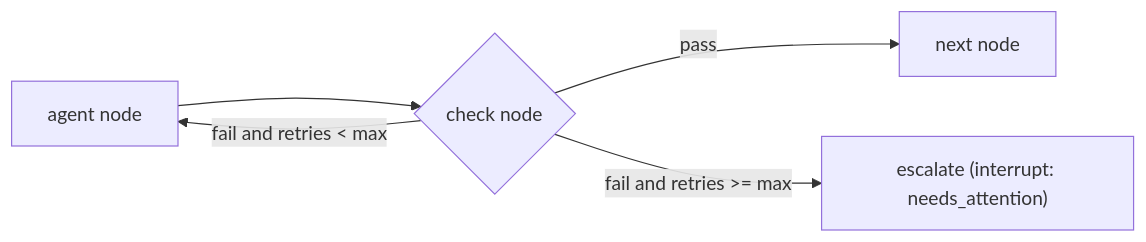
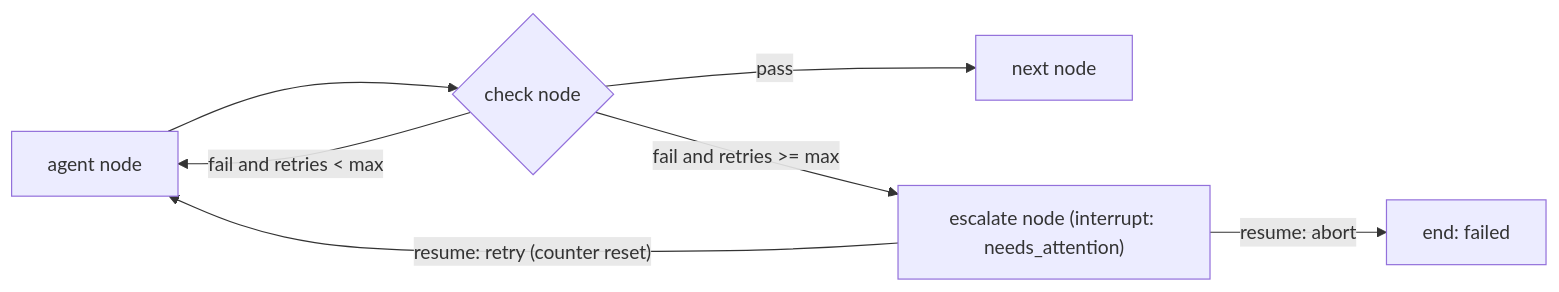
One commit to ChaudryManan/social-media-automation-system changed the fourth of 4 diagrams in ARCHITECTURE.md. Above: the diagram before and after it, drawn with Mermaid. The commit also changed other lines of this file and 9 other files, not shown here.

````diff
--- a/ARCHITECTURE.md
+++ b/ARCHITECTURE.md
@@ -225,7 +226,9 @@
 ```mermaid
 flowchart LR
   A["agent node"] --> C{"check node"}
   C -->|pass| N["next node"]
   C -->|"fail and retries < max"| A
-  C -->|"fail and retries >= max"| E["escalate (interrupt: needs_attention)"]
+  C -->|"fail and retries >= max"| E["escalate node (interrupt: needs_attention)"]
+  E -->|"resume: retry (counter reset)"| A
+  E -->|"resume: abort"| X["end: failed"]
 ```
````
